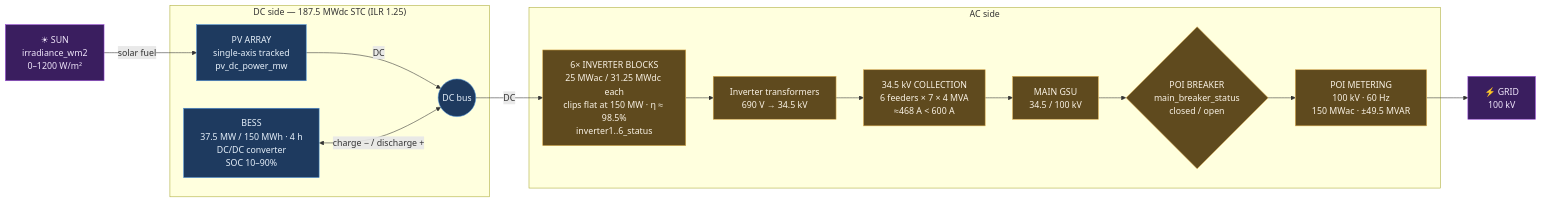
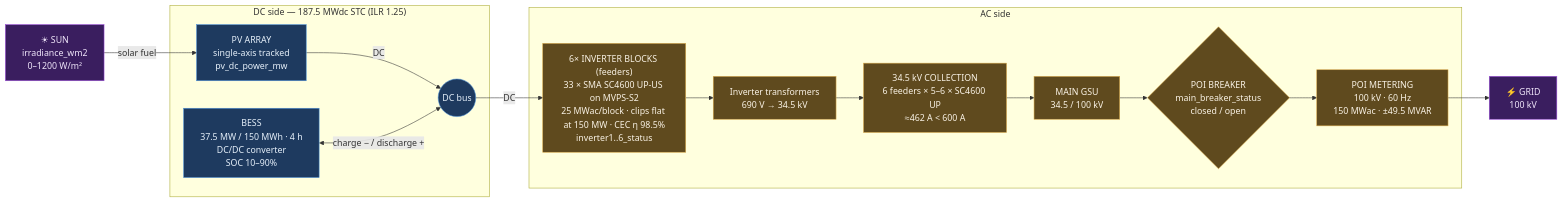
One commit to appletalk/volttron-fuxa-implementation changed the first of 4 diagrams in docs/POWERPLANT_DIAGRAM.md. Above: the diagram before and after it, drawn with Mermaid. The commit also changed 23 other files, not shown here.

````diff
--- a/docs/POWERPLANT_DIAGRAM.md
+++ b/docs/POWERPLANT_DIAGRAM.md
@@ -13,34 +13,34 @@
 ```mermaid
 flowchart LR
     SUN["☀ SUN<br/>irradiance_wm2<br/>0–1200 W/m²"]
 
     subgraph DC["DC side — 187.5 MWdc STC (ILR 1.25)"]
         PV["PV ARRAY<br/>single-axis tracked<br/>pv_dc_power_mw"]
         BUS(("DC bus"))
         BESS["BESS<br/>37.5 MW / 150 MWh · 4 h<br/>DC/DC converter<br/>SOC 10–90%"]
     end
 
     subgraph AC["AC side"]
-        INV["6× INVERTER BLOCKS<br/>25 MWac / 31.25 MWdc each<br/>clips flat at 150 MW · η ≈ 98.5%<br/>inverter1..6_status"]
+        INV["6× INVERTER BLOCKS (feeders)<br/>33 × SMA SC4600 UP-US on MVPS-S2<br/>25 MWac/block · clips flat at 150 MW · CEC η 98.5%<br/>inverter1..6_status"]
         XFMR["Inverter transformers<br/>690 V → 34.5 kV"]
-        FEED["34.5 kV COLLECTION<br/>6 feeders × 7 × 4 MVA<br/>≈468 A < 600 A"]
+        FEED["34.5 kV COLLECTION<br/>6 feeders × 5–6 × SC4600 UP<br/>≈462 A < 600 A"]
         GSU["MAIN GSU<br/>34.5 / 100 kV"]
         BRK{"POI BREAKER<br/>main_breaker_status<br/>closed / open"}
         POI["POI METERING<br/>100 kV · 60 Hz<br/>150 MWac · ±49.5 MVAR"]
     end
 
     GRID["⚡ GRID<br/>100 kV"]
 
     SUN -->|solar fuel| PV
     PV -->|DC| BUS
     BESS <-->|charge − / discharge +| BUS
     BUS -->|DC| INV
     INV --> XFMR --> FEED --> GSU --> BRK --> POI --> GRID
 
     classDef dc fill:#1e3a5f,stroke:#4a90d9,color:#e6f0fa
     classDef ac fill:#5f4a1e,stroke:#d9a94a,color:#faf3e6
     classDef grid fill:#3a1e5f,stroke:#9a4ad9,color:#f0e6fa
     class PV,BUS,BESS dc
     class INV,XFMR,FEED,GSU,BRK,POI ac
     class SUN,GRID grid
 ```
````
